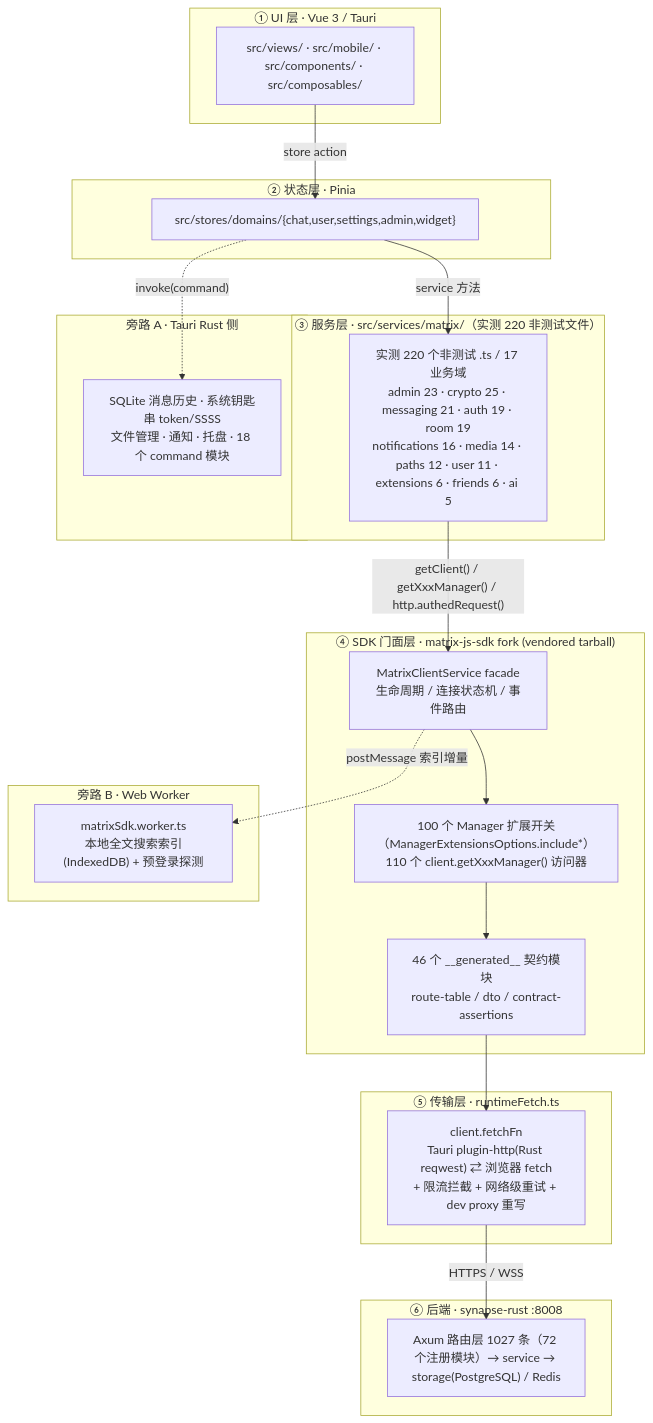
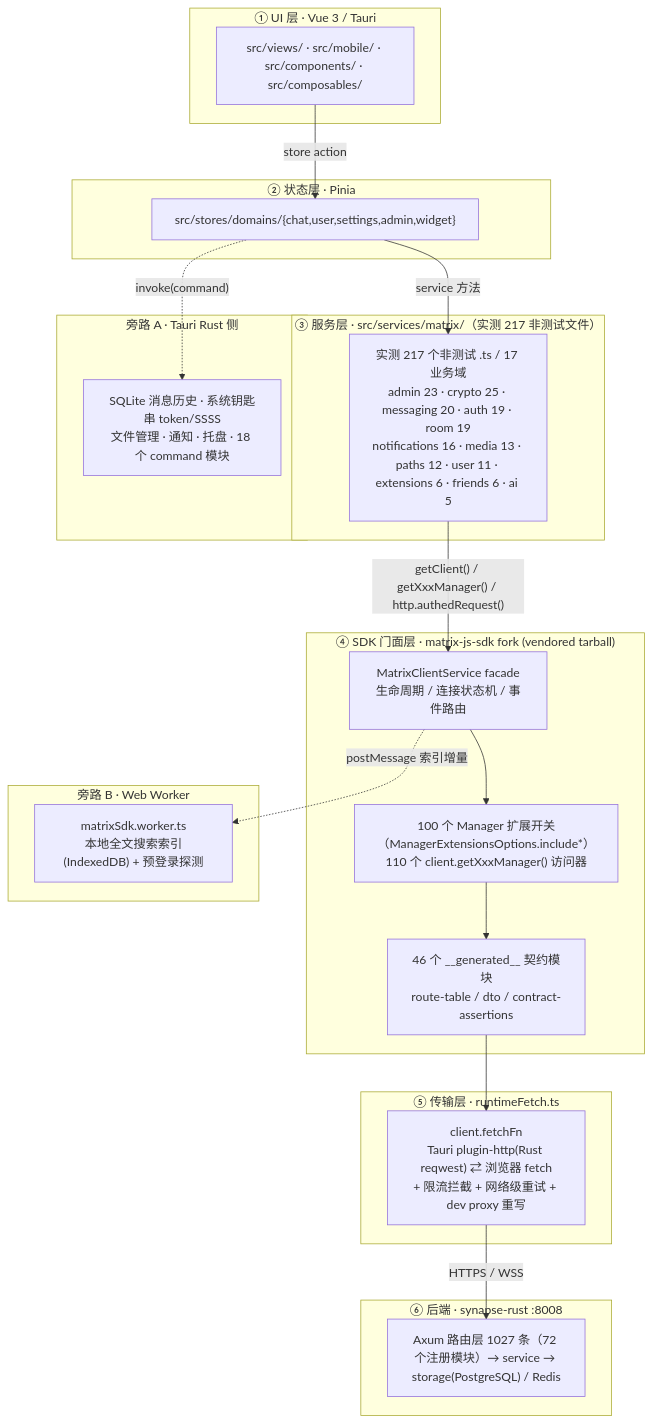
The first of 4 diagrams in docs/Tjg-SDK-集成架构与能力图谱-2026-10-08.md (langkebo/hula), drawn with Mermaid before and after one commit. The commit also changed other lines of this file and 11 other files, not shown here.

````diff
--- a/docs/Tjg-SDK-集成架构与能力图谱-2026-10-08.md
+++ b/docs/Tjg-SDK-集成架构与能力图谱-2026-10-08.md
@@ -32,47 +32,47 @@
 ```mermaid
 flowchart TB
     subgraph L1["① UI 层 · Vue 3 / Tauri"]
         UI["src/views/ · src/mobile/ · src/components/ · src/composables/"]
     end
 
     subgraph L2["② 状态层 · Pinia"]
         ST["src/stores/domains/{chat,user,settings,admin,widget}"]
     end
 
-    subgraph L3["③ 服务层 · src/services/matrix/（实测 220 非测试文件）"]
-        SV["实测 220 个非测试 .ts / 17 业务域<br/>admin 23 · crypto 25 · messaging 21 · auth 19 · room 19<br/>notifications 16 · media 14 · paths 12 · user 11 · extensions 6 · friends 6 · ai 5"]
+    subgraph L3["③ 服务层 · src/services/matrix/（实测 217 非测试文件）"]
+        SV["实测 217 个非测试 .ts / 17 业务域<br/>admin 23 · crypto 25 · messaging 20 · auth 19 · room 19<br/>notifications 16 · media 13 · paths 12 · user 11 · extensions 6 · friends 6 · ai 5"]
     end
 
     subgraph L4["④ SDK 门面层 · matrix-js-sdk fork (vendored tarball)"]
         SDK1["MatrixClientService facade<br/>生命周期 / 连接状态机 / 事件路由"]
         SDK2["100 个 Manager 扩展开关（ManagerExtensionsOptions.include*）<br/>110 个 client.getXxxManager() 访问器"]
         SDK3["46 个 __generated__ 契约模块<br/>route-table / dto / contract-assertions"]
     end
 
     subgraph L5["⑤ 传输层 · runtimeFetch.ts"]
         NET["client.fetchFn<br/>Tauri plugin-http(Rust reqwest) ⇄ 浏览器 fetch<br/>+ 限流拦截 + 网络级重试 + dev proxy 重写"]
     end
 
     subgraph L6["⑥ 后端 · synapse-rust :8008"]
         BE["Axum 路由层 1027 条（72 个注册模块）→ service → storage(PostgreSQL) / Redis"]
     end
 
     UI -->|"store action"| ST
     ST -->|"service 方法"| SV
     SV -->|"getClient() / getXxxManager() / http.authedRequest()"| SDK1
     SDK1 --> SDK2
     SDK2 --> SDK3
     SDK3 --> NET
     NET -->|"HTTPS / WSS"| BE
 
     subgraph SIDE1["旁路 A · Tauri Rust 侧"]
         TAURI["SQLite 消息历史 · 系统钥匙串 token/SSSS<br/>文件管理 · 通知 · 托盘 · 18 个 command 模块"]
     end
 
     subgraph SIDE2["旁路 B · Web Worker"]
         WK["matrixSdk.worker.ts<br/>本地全文搜索索引(IndexedDB) + 预登录探测"]
     end
 
     ST -.->|"invoke(command)"| TAURI
     SDK1 -.->|"postMessage 索引增量"| WK
 ```
````
